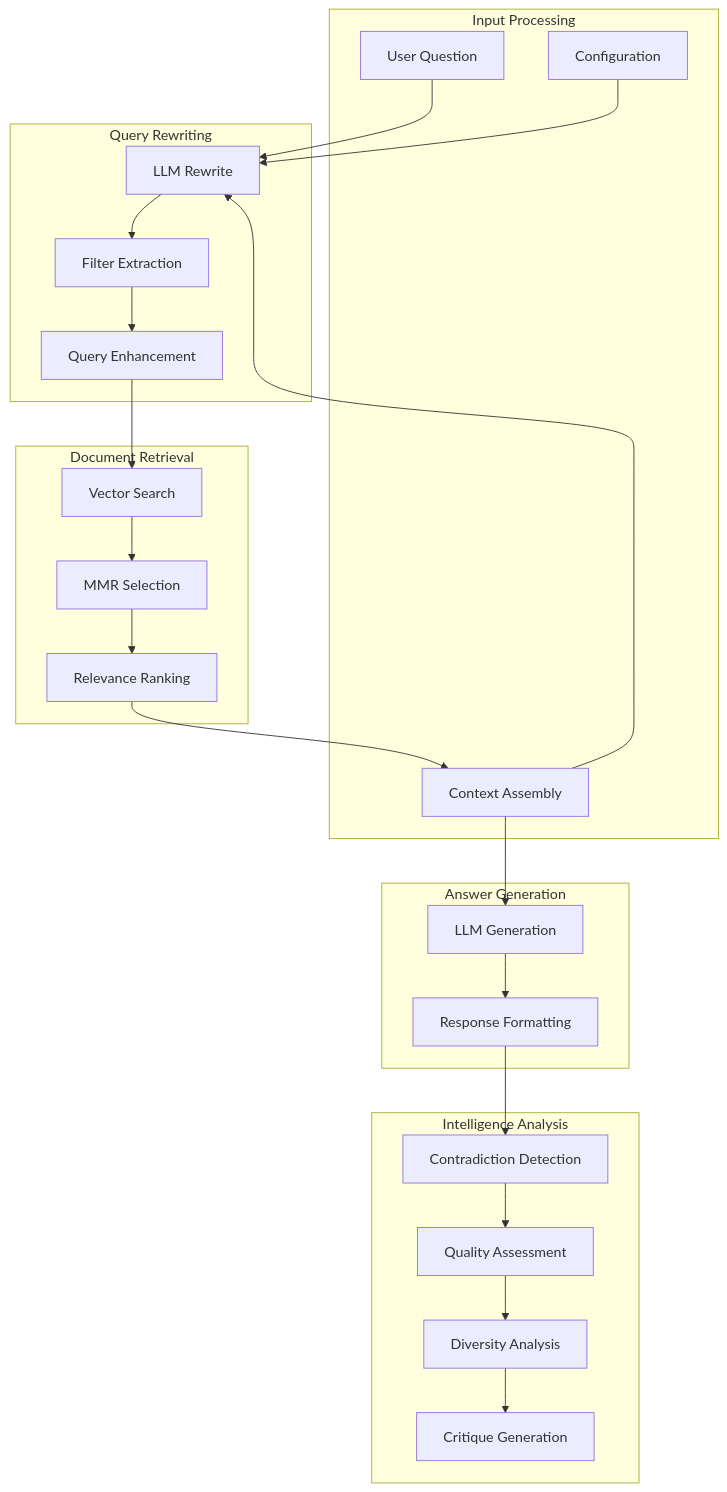
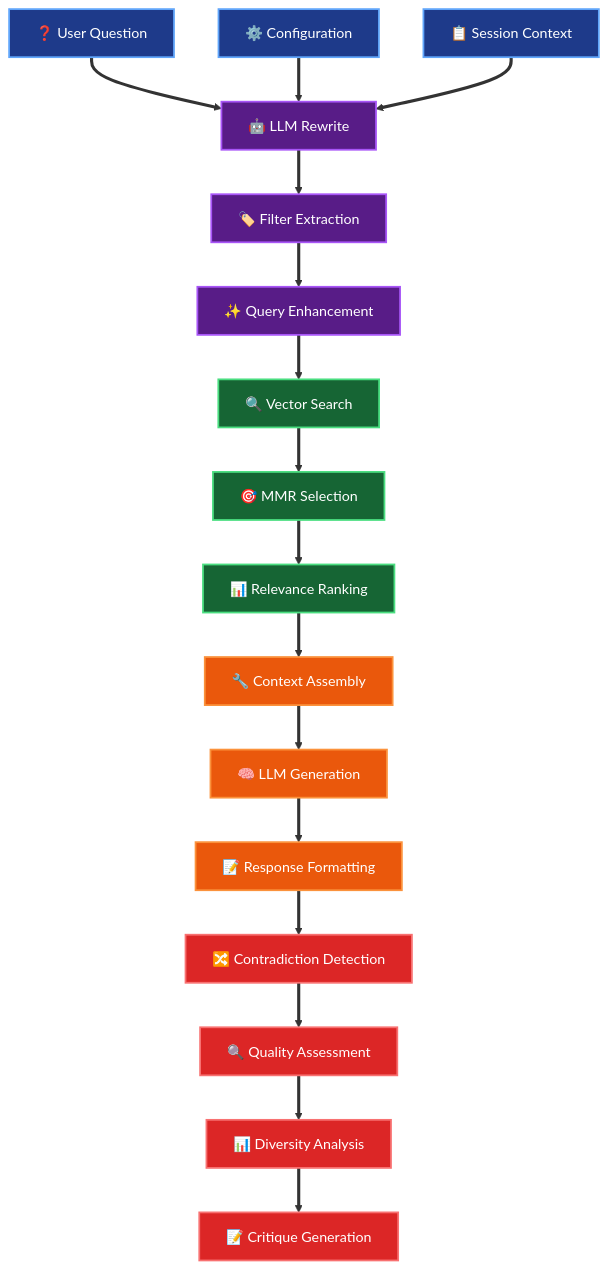
The eighth of 18 diagrams in docs/DEVELOPER.md (usathyan/paper-qa-ui), drawn with Mermaid before and after one commit. The commit also changed other lines of this file, not shown here.

First line of the commit message:
Enhance second batch of mermaid diagrams with professional styling

````diff
--- a/docs/DEVELOPER.md
+++ b/docs/DEVELOPER.md
@@ -458,53 +492,62 @@
 ```mermaid
-graph TB
-    subgraph "Input Processing"
-        QUESTION[User Question]
-        CONFIG[Configuration]
-        CONTEXT[Session Context]
-    end
+flowchart TD
+    %% Input Processing
+    QUESTION[❓ User Question]
+    CONFIG[⚙️ Configuration]
+    CONTEXT_IN[📋 Session Context]
     
-    subgraph "Query Rewriting"
-        REWRITE[LLM Rewrite]
-        FILTERS[Filter Extraction]
-        ENHANCE[Query Enhancement]
-    end
+    %% Query Rewriting
+    REWRITE[🤖 LLM Rewrite]
+    FILTERS[🏷️ Filter Extraction]
+    ENHANCE[✨ Query Enhancement]
     
-    subgraph "Document Retrieval"
-        SEARCH[Vector Search]
-        MMR[MMR Selection]
-        RANK[Relevance Ranking]
-    end
+    %% Document Retrieval
+    SEARCH[🔍 Vector Search]
+    MMR[🎯 MMR Selection]
+    RANK[📊 Relevance Ranking]
     
-    subgraph "Answer Generation"
-        CONTEXT[Context Assembly]
-        LLM_CALL[LLM Generation]
-        FORMAT[Response Formatting]
-    end
+    %% Answer Generation
+    CONTEXT_ASM[🔧 Context Assembly]
+    LLM_CALL[🧠 LLM Generation]
+    FORMAT[📝 Response Formatting]
     
-    subgraph "Intelligence Analysis"
-        CONTRADICTIONS[Contradiction Detection]
-        QUALITY[Quality Assessment]
-        DIVERSITY[Diversity Analysis]
-        CRITIQUE[Critique Generation]
-    end
+    %% Intelligence Analysis
+    CONTRADICTIONS[🔀 Contradiction Detection]
+    QUALITY[🔍 Quality Assessment]
+    DIVERSITY[📊 Diversity Analysis]
+    CRITIQUE[📝 Critique Generation]
     
-    QUESTION --> REWRITE
-    CONFIG --> REWRITE
-    CONTEXT --> REWRITE
+    %% Flow
+    QUESTION ==> REWRITE
+    CONFIG ==> REWRITE
+    CONTEXT_IN ==> REWRITE
     
-    REWRITE --> FILTERS
-    FILTERS --> ENHANCE
-    ENHANCE --> SEARCH
+    REWRITE ==> FILTERS
+    FILTERS ==> ENHANCE
+    ENHANCE ==> SEARCH
     
-    SEARCH --> MMR
-    MMR --> RANK
-    RANK --> CONTEXT
+    SEARCH ==> MMR
+    MMR ==> RANK
+    RANK ==> CONTEXT_ASM
     
-    CONTEXT --> LLM_CALL
-    LLM_CALL --> FORMAT
-    FORMAT --> CONTRADICTIONS
+    CONTEXT_ASM ==> LLM_CALL
+    LLM_CALL ==> FORMAT
+    FORMAT ==> CONTRADICTIONS
     
-    CONTRADICTIONS --> QUALITY
-    QUALITY --> DIVERSITY
-    DIVERSITY --> CRITIQUE
+    CONTRADICTIONS ==> QUALITY
+    QUALITY ==> DIVERSITY
+    DIVERSITY ==> CRITIQUE
+    
+    %% Styling
+    classDef inputStyle fill:#1e3a8a,stroke:#60a5fa,stroke-width:2px,color:#ffffff
+    classDef rewriteStyle fill:#581c87,stroke:#a855f7,stroke-width:2px,color:#ffffff
+    classDef retrievalStyle fill:#166534,stroke:#4ade80,stroke-width:2px,color:#ffffff
+    classDef answerStyle fill:#ea580c,stroke:#fb923c,stroke-width:2px,color:#ffffff
+    classDef intelligenceStyle fill:#dc2626,stroke:#f87171,stroke-width:2px,color:#ffffff
+    
+    class QUESTION,CONFIG,CONTEXT_IN inputStyle
+    class REWRITE,FILTERS,ENHANCE rewriteStyle
+    class SEARCH,MMR,RANK retrievalStyle
+    class CONTEXT_ASM,LLM_CALL,FORMAT answerStyle
+    class CONTRADICTIONS,QUALITY,DIVERSITY,CRITIQUE intelligenceStyle
 ```
````
